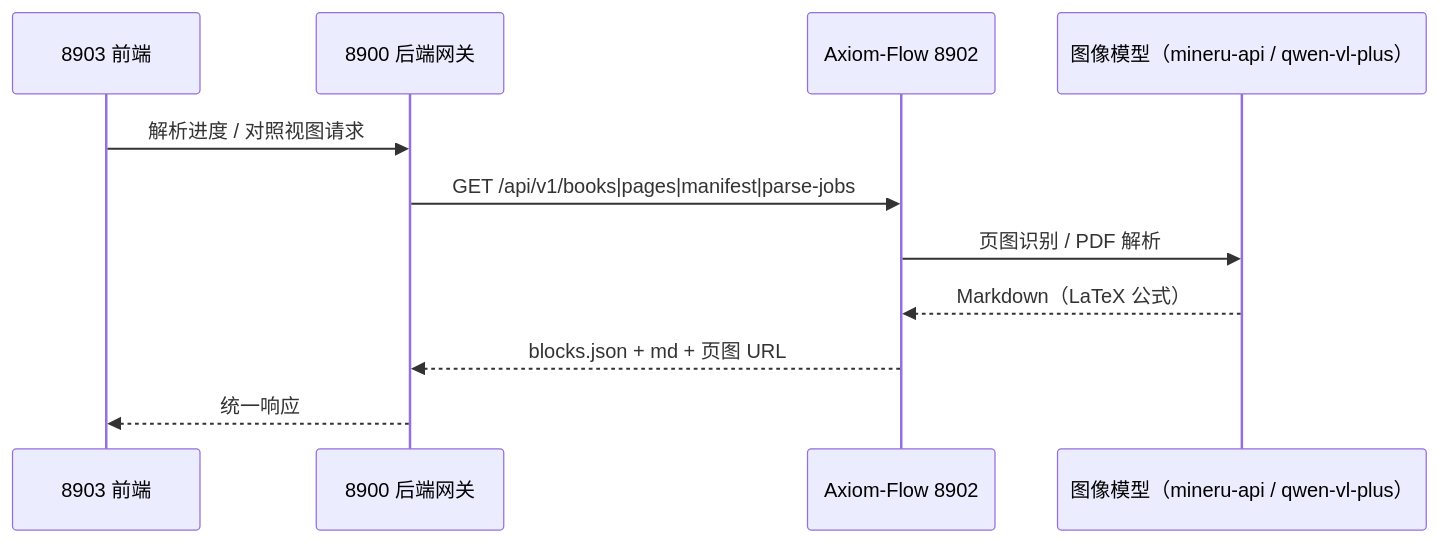
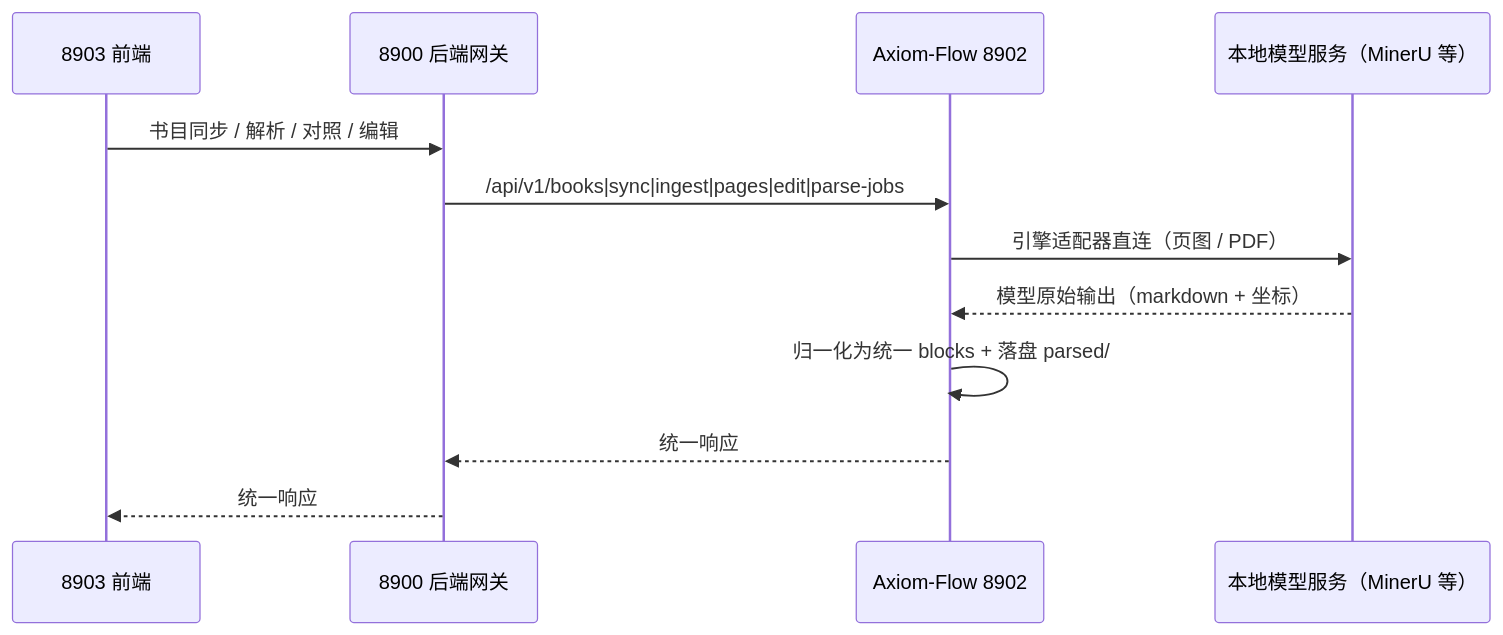
The diagram in docs/architecture/api.md (swfswf1234/Axiom-Flow), drawn with Mermaid before and after one commit. The commit also changed other lines of this file and 27 other files, not shown here.

````diff
--- a/docs/architecture/api.md
+++ b/docs/architecture/api.md
@@ -41,13 +44,14 @@
 ```mermaid
 sequenceDiagram
     participant FE as 8903 前端
     participant GW as 8900 后端网关
     participant AX as Axiom-Flow 8902
-    participant VL as 图像模型（mineru-api / qwen-vl-plus）
-    FE->>GW: 解析进度 / 对照视图请求
-    GW->>AX: GET /api/v1/books|pages|manifest|parse-jobs
-    AX->>VL: 页图识别 / PDF 解析
-    VL-->>AX: Markdown（LaTeX 公式）
-    AX-->>GW: blocks.json + md + 页图 URL
+    participant MD as 本地模型服务（MinerU 等）
+    FE->>GW: 书目同步 / 解析 / 对照 / 编辑
+    GW->>AX: /api/v1/books|sync|ingest|pages|edit|parse-jobs
+    AX->>MD: 引擎适配器直连（页图 / PDF）
+    MD-->>AX: 模型原始输出（markdown + 坐标）
+    AX->>AX: 归一化为统一 blocks + 落盘 parsed/
+    AX-->>GW: 统一响应
     GW-->>FE: 统一响应
 ```
````
